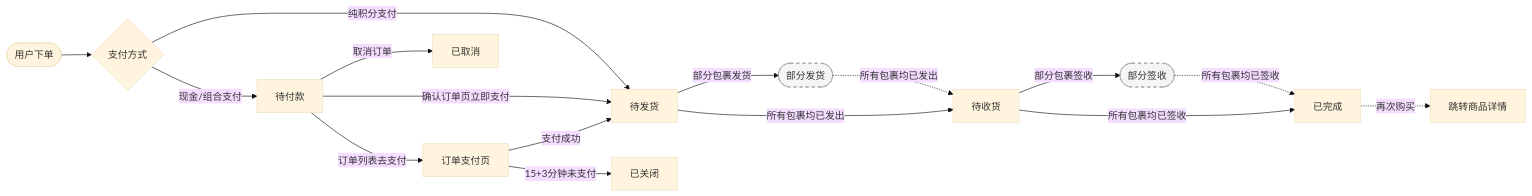
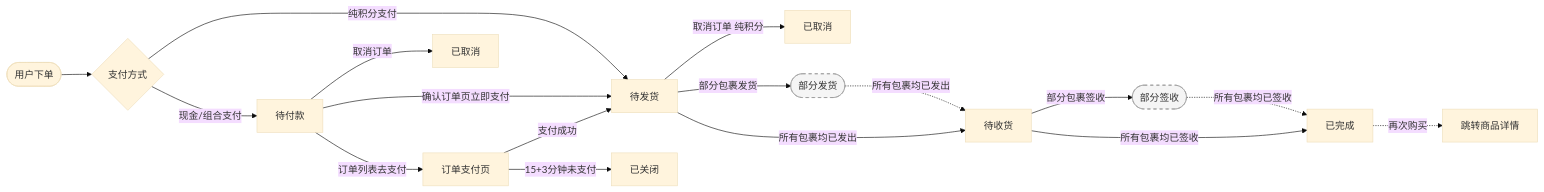
The first of 3 diagrams in doc/V0.3/业务逻辑清单_V0.3.md (lyuxiaohei/mini-program), drawn with Mermaid (base theme) before and after one commit. The commit also changed other lines of this file and 17 other files, not shown here.

First line of the commit message:
docs: V0.3 PRD文档、流程图源文件、会议纪要及协作指南

````diff
--- a/doc/V0.3/业务逻辑清单_V0.3.md
+++ b/doc/V0.3/业务逻辑清单_V0.3.md
@@ -22,21 +22,22 @@
 ```mermaid
 flowchart LR
     START([用户下单]) --> PayMode{支付方式}
     PayMode -->|纯积分支付| C[待发货]
     PayMode -->|现金/组合支付| A[待付款]
     A -->|取消订单| B[已取消]
     A -->|确认订单页立即支付| C
     A -->|订单列表去支付| AP[订单支付页]
     AP -->|支付成功| C
     AP -->|15+3分钟未支付| BC[已关闭]
+    C -->|取消订单 纯积分| BX[已取消]
     C -->|部分包裹发货| PS([部分发货])
     PS -.->|所有包裹均已发出| D[待收货]
     C -->|所有包裹均已发出| D
     D -->|部分包裹签收| PR([部分签收])
     PR -.->|所有包裹均已签收| E[已完成]
     D -->|所有包裹均已签收| E
     E -.->|再次购买| G[跳转商品详情]
 
     style PS stroke-dasharray: 5 5,fill:#f5f5f5,stroke:#999
     style PR stroke-dasharray: 5 5,fill:#f5f5f5,stroke:#999
 ```
````
